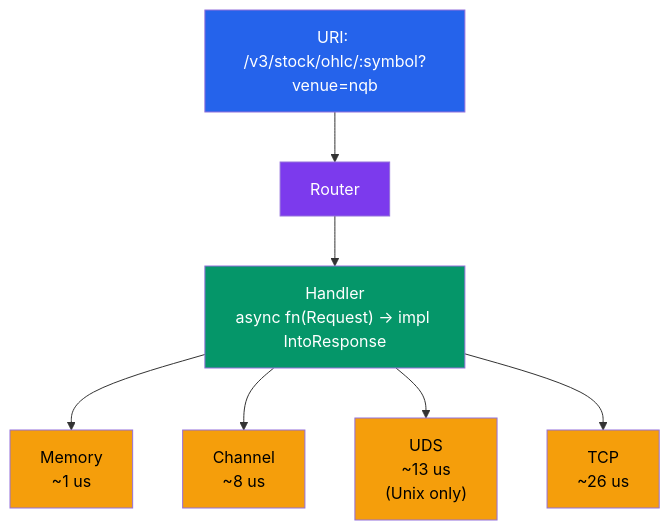
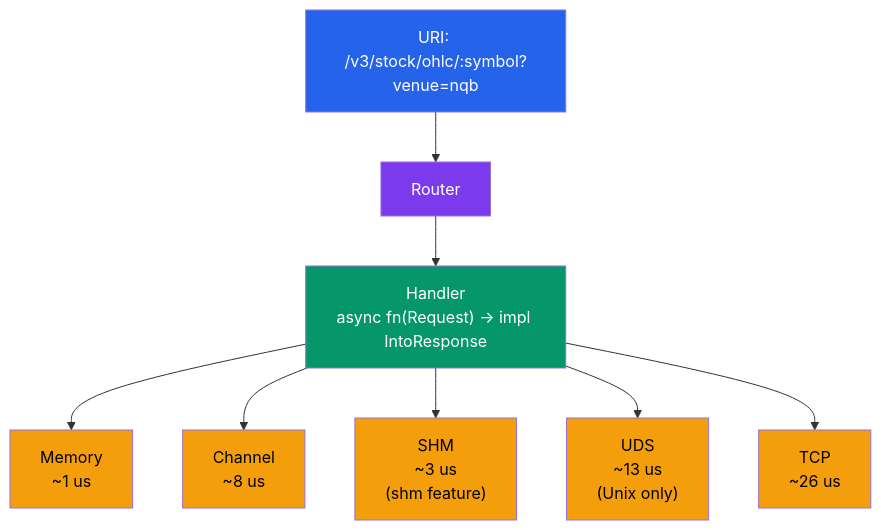
Before and after one commit to userFRM/crossbar: the first of 3 diagrams in README.md, drawn with Mermaid. The commit also changed other lines of this file and 18 other files, not shown here.

````diff
--- a/README.md
+++ b/README.md
@@ -31,18 +32,20 @@
 ```mermaid
 graph TD
     URI["URI: /v3/stock/ohlc/:symbol?venue=nqb"]
     URI --> Router
     Router --> Handler["Handler<br/>async fn(Request) -> impl IntoResponse"]
     Handler --> Memory["Memory<br/>~1 us"]
     Handler --> Channel["Channel<br/>~8 us"]
+    Handler --> SHM["SHM<br/>~3 us<br/>(shm feature)"]
     Handler --> UDS["UDS<br/>~13 us<br/>(Unix only)"]
     Handler --> TCP["TCP<br/>~26 us"]
 
     style URI fill:#2563eb,color:#fff
     style Router fill:#7c3aed,color:#fff
     style Handler fill:#059669,color:#fff
     style Memory fill:#f59e0b,color:#000
     style Channel fill:#f59e0b,color:#000
+    style SHM fill:#f59e0b,color:#000
     style UDS fill:#f59e0b,color:#000
     style TCP fill:#f59e0b,color:#000
 ```
````
